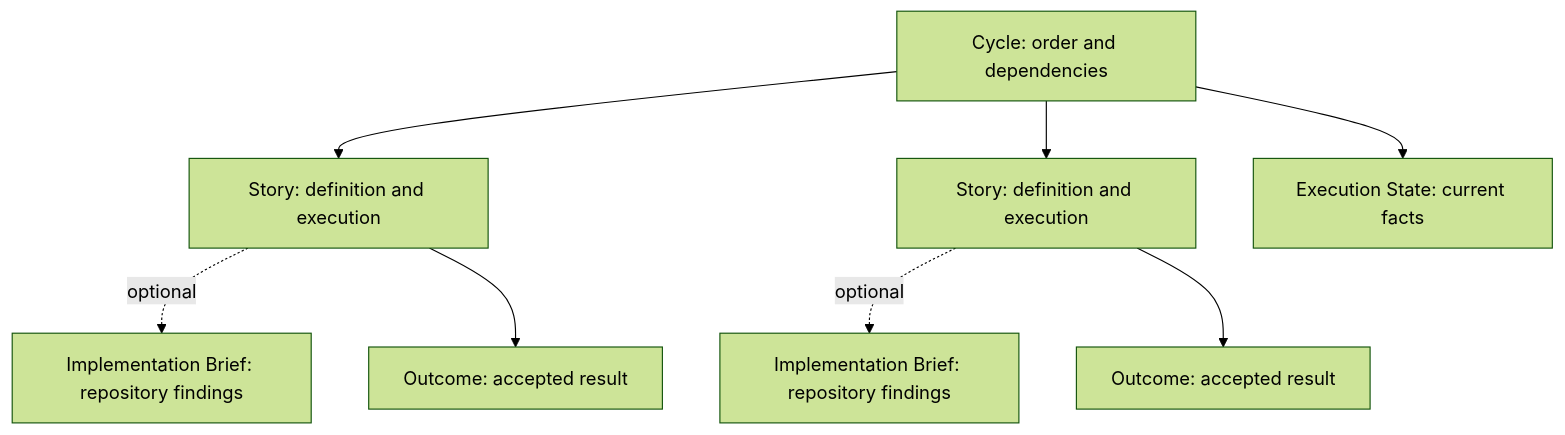
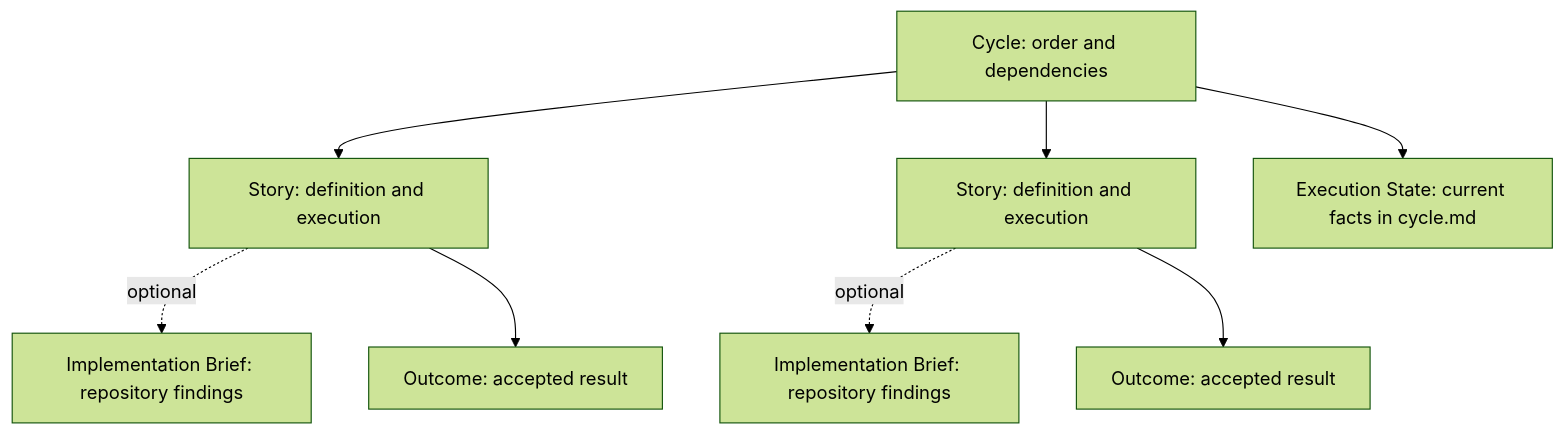
One commit to Mariko9902/nanospec changed the diagram in concept-model.md. Above: the diagram before and after it, drawn with Mermaid (forest theme). The commit also changed other lines of this file and 55 other files, not shown here.

````diff
--- a/concept-model.md
+++ b/concept-model.md
@@ -149,10 +144,10 @@
 ```mermaid
 flowchart TD
   C["Cycle: order and dependencies"] --> S1["Story: definition and execution"]
   C --> S2["Story: definition and execution"]
   S1 -. optional .-> B1["Implementation Brief: repository findings"]
   S2 -. optional .-> B2["Implementation Brief: repository findings"]
-  C --> E["Execution State: current facts"]
+  C --> E["Execution State: current facts in cycle.md"]
   S1 --> O1["Outcome: accepted result"]
   S2 --> O2["Outcome: accepted result"]
 ```
````
